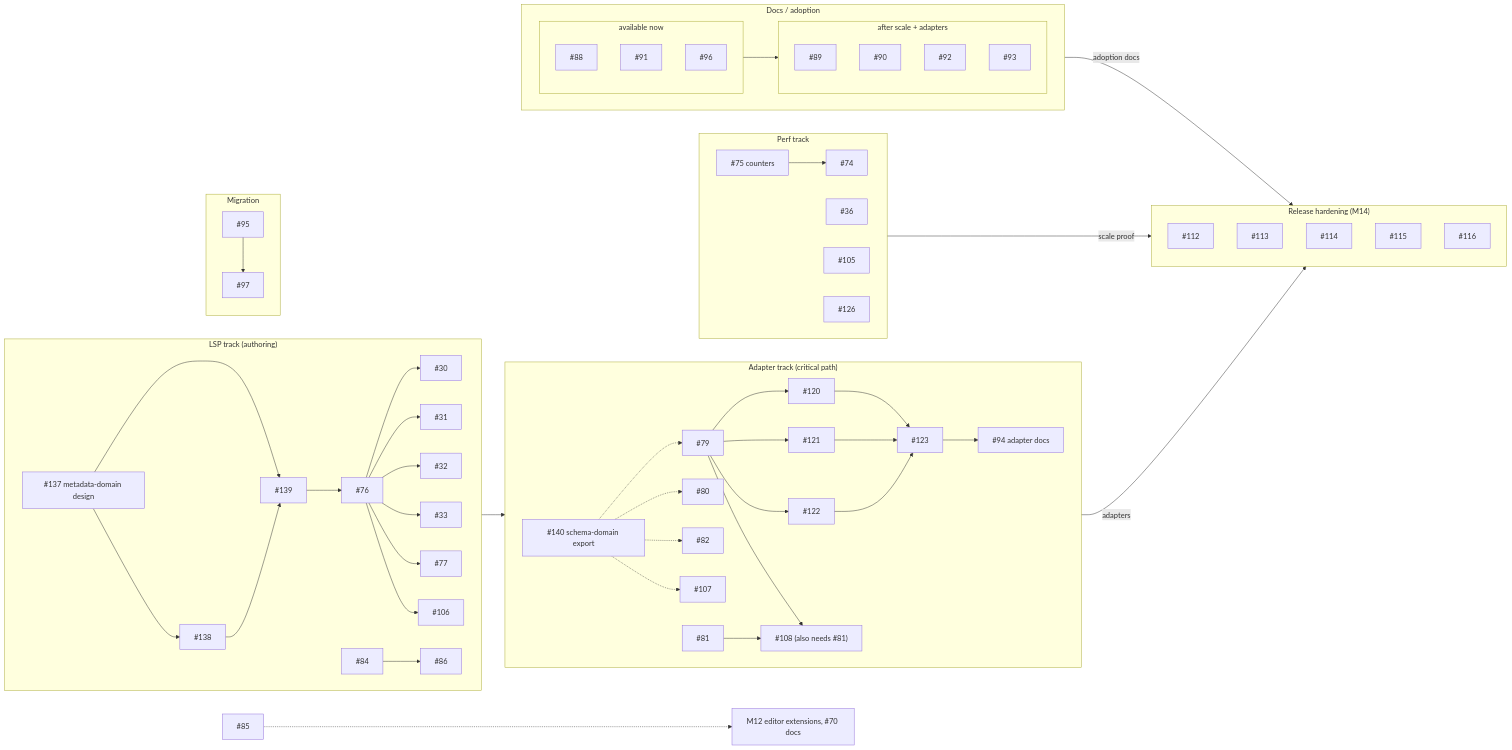
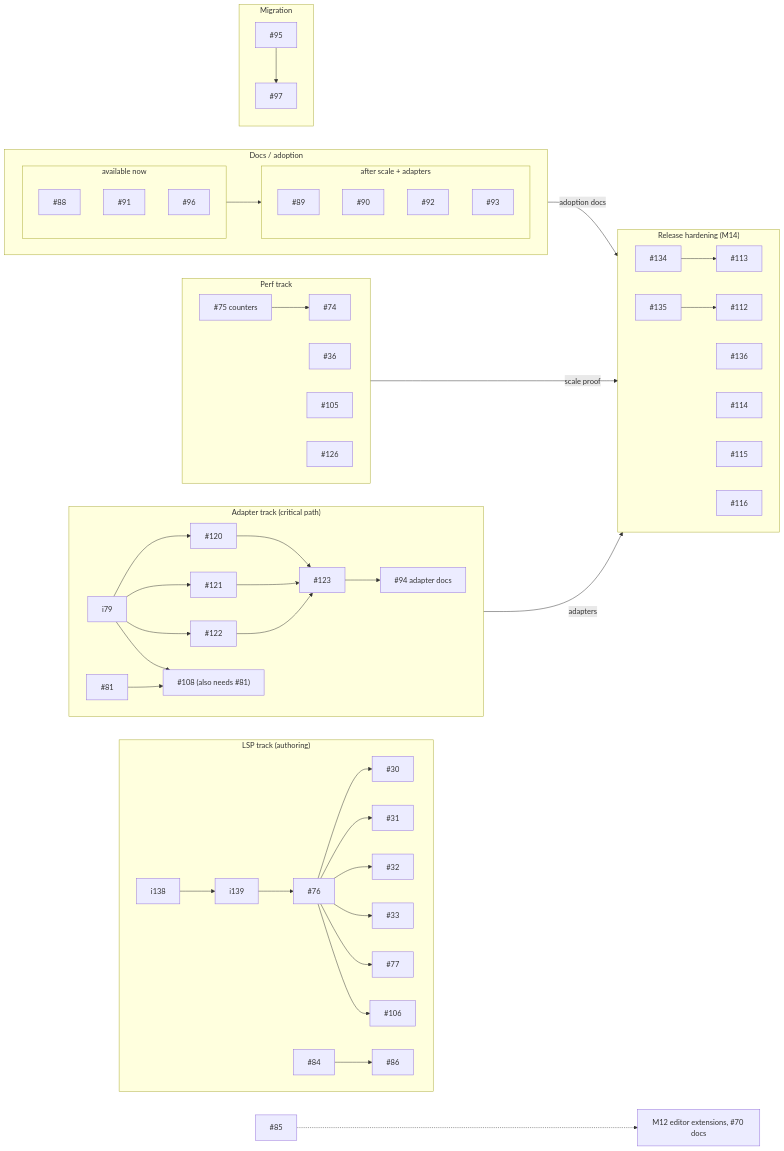
The diagram in docs/roadmap.md (plethu/recite), drawn with Mermaid before and after one commit. The commit also changed other lines of this file, not shown here.

Commit message:
docs: refresh v1 dependency roadmap

````diff
--- a/docs/roadmap.md
+++ b/docs/roadmap.md
@@ -46,77 +51,76 @@
 ```mermaid
 flowchart LR
   subgraph LSP["LSP track (authoring)"]
     direction LR
-    i137["#137 metadata-domain design"] --> i138["#138"]
-    i137 --> i139["#139"]
     i138 --> i139
     i139 --> i76["#76"]
     i76 --> i30["#30"]
     i76 --> i31["#31"]
     i76 --> i32["#32"]
     i76 --> i33["#33"]
     i76 --> i77["#77"]
     i76 --> i106["#106"]
     i84["#84"] --> i86["#86"]
   end
 
   subgraph ADP["Adapter track (critical path)"]
     direction LR
-    i140["#140 schema-domain export"] -.-> i79["#79"]
-    i140 -.-> i80["#80"]
-    i140 -.-> i82["#82"]
-    i140 -.-> i107["#107"]
     i79 --> i120["#120"]
     i79 --> i121["#121"]
     i79 --> i122["#122"]
     i120 --> i123["#123"]
     i121 --> i123
     i122 --> i123
     i123 --> i94["#94 adapter docs"]
     i79 --> i108["#108 (also needs #81)"]
     i81["#81"] --> i108
   end
 
   subgraph PERF["Perf track"]
     direction LR
     i74["#74"]
     i36["#36"]
     i105["#105"]
     i126["#126"]
     i75["#75 counters"] --> i74
   end
 
   subgraph DOCS["Docs / adoption"]
     direction LR
     subgraph DNOW["available now"]
       i88["#88"]
       i91["#91"]
       i96["#96"]
     end
     subgraph DLATER["after scale + adapters"]
       i89["#89"]
       i90["#90"]
       i92["#92"]
       i93["#93"]
     end
     DNOW --> DLATER
   end
 
   subgraph MIG["Migration"]
     i95["#95"] --> i97["#97"]
   end
 
   subgraph REL["Release hardening (M14)"]
+    direction LR
+    i134["#134"]
+    i135["#135"]
+    i136["#136"]
     i112["#112"]
     i113["#113"]
     i114["#114"]
     i115["#115"]
     i116["#116"]
   end
 
-  i137 --> i140
   i85["#85"] -.-> editor["M12 editor extensions, #70 docs"]
+  i134 --> i113
+  i135 --> i112
   i94 -- adapters --> REL
   i74 -- scale proof --> REL
   DLATER -- adoption docs --> REL
 ```
````
